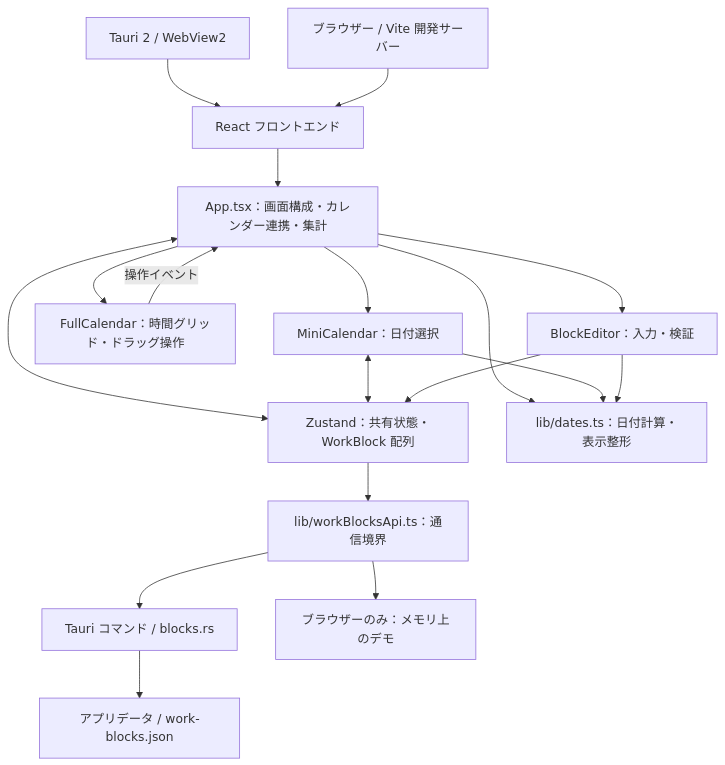
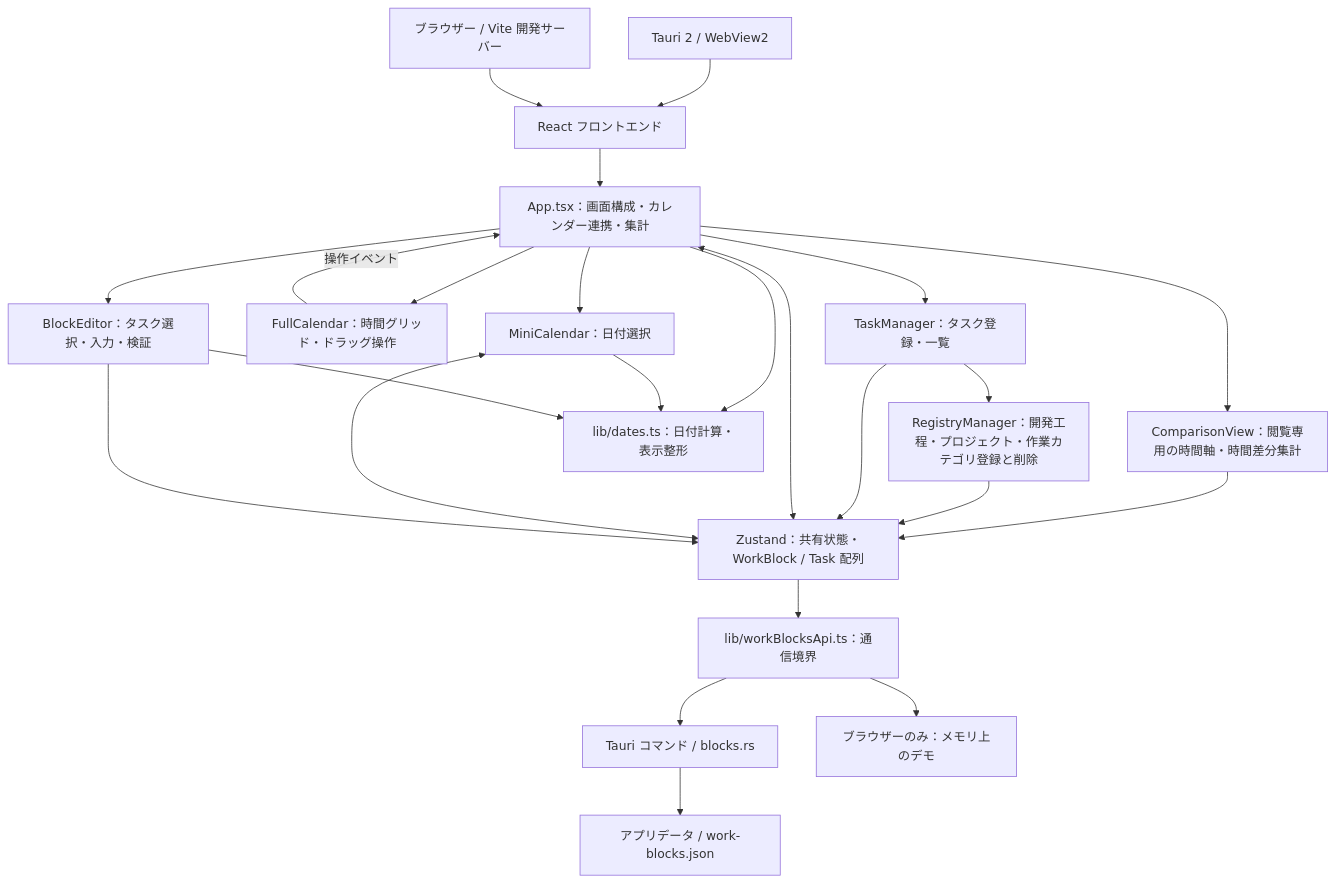
One commit to DSawada3/devscope changed the diagram in ARCHITECTURE.md. Above: the diagram before and after it, drawn with Mermaid. The commit also changed other lines of this file and 26 other files, not shown here.

````diff
--- a/ARCHITECTURE.md
+++ b/ARCHITECTURE.md
@@ -14,20 +14,26 @@
 ```mermaid
 flowchart TD
   Desktop["Tauri 2 / WebView2"] --> UI["React フロントエンド"]
   Browser["ブラウザー / Vite 開発サーバー"] --> UI
   UI --> App["App.tsx：画面構成・カレンダー連携・集計"]
   App --> Mini["MiniCalendar：日付選択"]
   App --> Calendar["FullCalendar：時間グリッド・ドラッグ操作"]
-  App --> Editor["BlockEditor：入力・検証"]
-  App <--> Store["Zustand：共有状態・WorkBlock 配列"]
+  App --> Compare["ComparisonView：閲覧専用の時間軸・時間差分集計"]
+  Compare --> Store
+  App --> Editor["BlockEditor：タスク選択・入力・検証"]
+  App --> Tasks["TaskManager：タスク登録・一覧"]
+  Tasks --> Registry["RegistryManager：開発工程・プロジェクト・作業カテゴリ登録と削除"]
+  Registry --> Store
+  Tasks --> Store
+  App <--> Store["Zustand：共有状態・WorkBlock / Task 配列"]
   Mini <--> Store
   Editor --> Store
   Calendar -->|操作イベント| App
   App --> Dates["lib/dates.ts：日付計算・表示整形"]
   Mini --> Dates
   Editor --> Dates
   Store --> API["lib/workBlocksApi.ts：通信境界"]
   API --> Rust["Tauri コマンド / blocks.rs"]
   Rust --> File["アプリデータ / work-blocks.json"]
   API --> Demo["ブラウザーのみ：メモリ上のデモ"]
 ```
````
